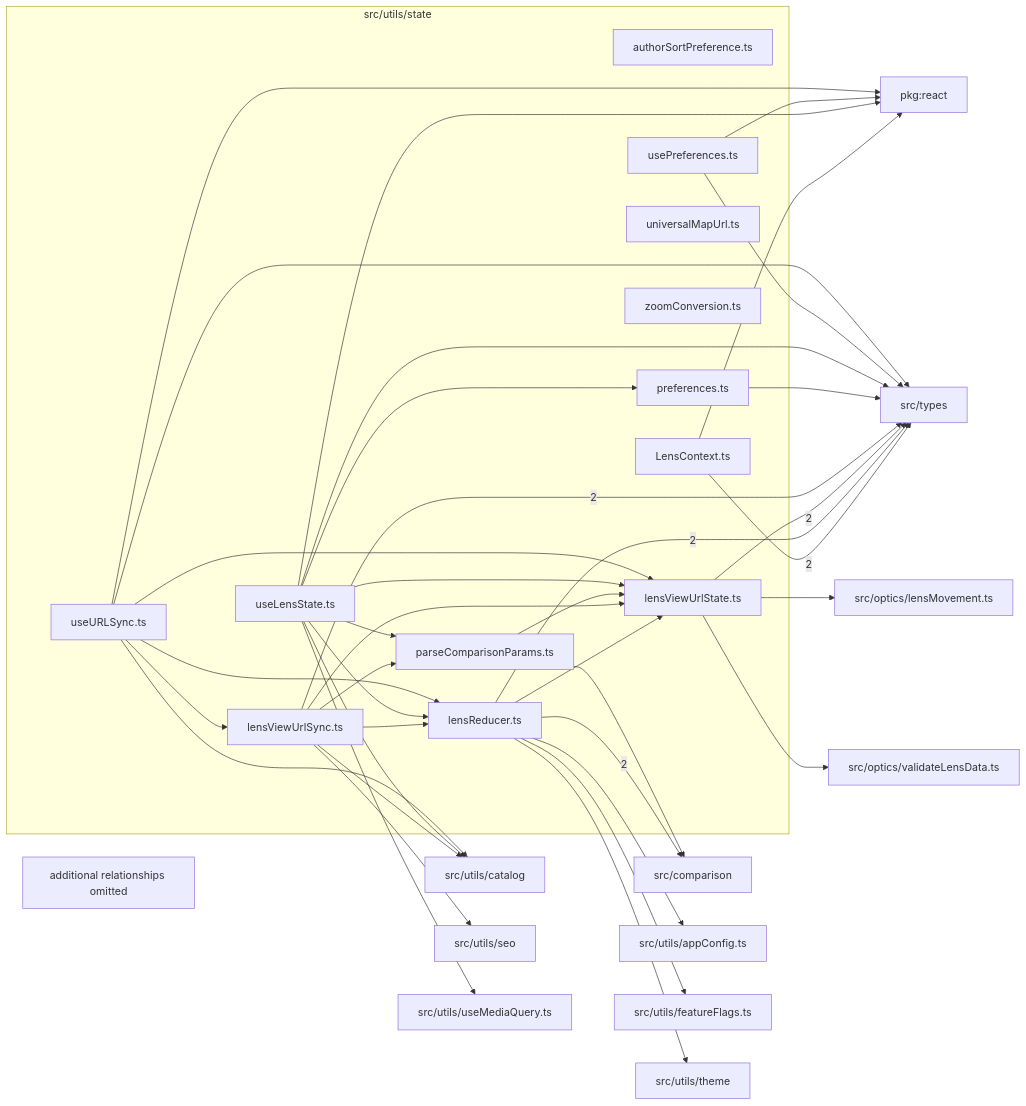
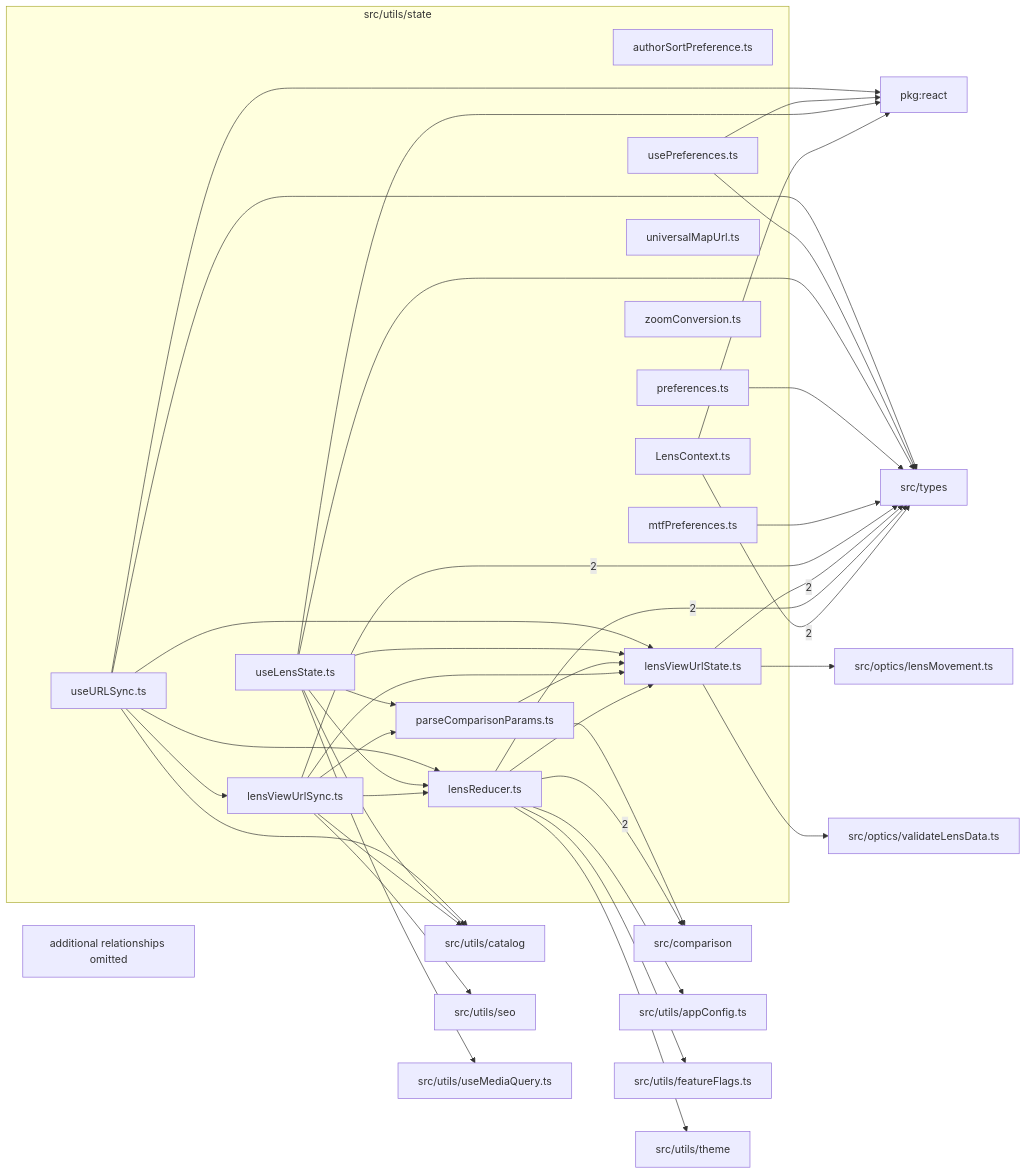
Before and after one commit to ronbuening/LensVisualizer: the diagram in src/utils/state/readme.md, drawn with Mermaid. The commit also changed other lines of this file and 262 other files, not shown here.

Commit message:
Add simulated MTF with manufacturer-style charts, accuracy review and image-plane source audits (#736)

````diff
--- a/src/utils/state/readme.md
+++ b/src/utils/state/readme.md
@@ -9,65 +9,66 @@
 ```mermaid
 flowchart LR
   subgraph n_src_utils_state["src/utils/state"]
     n_src_utils_state_src_utils_state_authorSortPreference_ts["authorSortPreference.ts"]
     n_src_utils_state_src_utils_state_LensContext_ts["LensContext.ts"]
     n_src_utils_state_src_utils_state_lensReducer_ts["lensReducer.ts"]
     n_src_utils_state_src_utils_state_lensViewUrlState_ts["lensViewUrlState.ts"]
     n_src_utils_state_src_utils_state_lensViewUrlSync_ts["lensViewUrlSync.ts"]
+    n_src_utils_state_src_utils_state_mtfPreferences_ts["mtfPreferences.ts"]
     n_src_utils_state_src_utils_state_parseComparisonParams_ts["parseComparisonParams.ts"]
     n_src_utils_state_src_utils_state_preferences_ts["preferences.ts"]
     n_src_utils_state_src_utils_state_universalMapUrl_ts["universalMapUrl.ts"]
     n_src_utils_state_src_utils_state_useLensState_ts["useLensState.ts"]
     n_src_utils_state_src_utils_state_usePreferences_ts["usePreferences.ts"]
     n_src_utils_state_src_utils_state_useURLSync_ts["useURLSync.ts"]
     n_src_utils_state_src_utils_state_zoomConversion_ts["zoomConversion.ts"]
   end
   n_external_src_comparison["src/comparison"]
   n_external_src_types["src/types"]
   n_external_pkg_react["pkg:react"]
   n_external_src_optics_lensMovement_ts["src/optics/lensMovement.ts"]
   n_external_src_optics_validateLensData_ts["src/optics/validateLensData.ts"]
   n_external_src_utils_appConfig_ts["src/utils/appConfig.ts"]
   n_external_src_utils_catalog["src/utils/catalog"]
   n_external_src_utils_featureFlags_ts["src/utils/featureFlags.ts"]
   n_external_src_utils_seo["src/utils/seo"]
   n_external_src_utils_theme["src/utils/theme"]
   n_external_src_utils_useMediaQuery_ts["src/utils/useMediaQuery.ts"]
   n_src_utils_state_src_utils_state_lensReducer_ts --> |2| n_external_src_comparison
   n_src_utils_state_src_utils_state_LensContext_ts --> |2| n_external_src_types
   n_src_utils_state_src_utils_state_lensReducer_ts --> |2| n_external_src_types
   n_src_utils_state_src_utils_state_lensViewUrlState_ts --> |2| n_external_src_types
   n_src_utils_state_src_utils_state_lensViewUrlSync_ts --> |2| n_external_src_types
   n_src_utils_state_src_utils_state_LensContext_ts --> n_external_pkg_react
   n_src_utils_state_src_utils_state_useLensState_ts --> n_external_pkg_react
   n_src_utils_state_src_utils_state_usePreferences_ts --> n_external_pkg_react
   n_src_utils_state_src_utils_state_useURLSync_ts --> n_external_pkg_react
   n_src_utils_state_src_utils_state_parseComparisonParams_ts --> n_external_src_comparison
   n_src_utils_state_src_utils_state_lensViewUrlState_ts --> n_external_src_optics_lensMovement_ts
   n_src_utils_state_src_utils_state_lensViewUrlState_ts --> n_external_src_optics_validateLensData_ts
+  n_src_utils_state_src_utils_state_mtfPreferences_ts --> n_external_src_types
   n_src_utils_state_src_utils_state_preferences_ts --> n_external_src_types
   n_src_utils_state_src_utils_state_useLensState_ts --> n_external_src_types
   n_src_utils_state_src_utils_state_usePreferences_ts --> n_external_src_types
   n_src_utils_state_src_utils_state_useURLSync_ts --> n_external_src_types
   n_src_utils_state_src_utils_state_lensReducer_ts --> n_external_src_utils_appConfig_ts
   n_src_utils_state_src_utils_state_lensViewUrlSync_ts --> n_external_src_utils_catalog
   n_src_utils_state_src_utils_state_useLensState_ts --> n_external_src_utils_catalog
   n_src_utils_state_src_utils_state_useURLSync_ts --> n_external_src_utils_catalog
   n_src_utils_state_src_utils_state_lensReducer_ts --> n_external_src_utils_featureFlags_ts
   n_src_utils_state_src_utils_state_lensViewUrlSync_ts --> n_external_src_utils_seo
   n_src_utils_state_src_utils_state_lensReducer_ts --> n_external_src_utils_theme
   n_src_utils_state_src_utils_state_useLensState_ts --> n_external_src_utils_useMediaQuery_ts
   n_src_utils_state_src_utils_state_lensViewUrlSync_ts --> n_src_utils_state_src_utils_state_lensReducer_ts
   n_src_utils_state_src_utils_state_useLensState_ts --> n_src_utils_state_src_utils_state_lensReducer_ts
   n_src_utils_state_src_utils_state_useURLSync_ts --> n_src_utils_state_src_utils_state_lensReducer_ts
   n_src_utils_state_src_utils_state_lensReducer_ts --> n_src_utils_state_src_utils_state_lensViewUrlState_ts
   n_src_utils_state_src_utils_state_lensViewUrlSync_ts --> n_src_utils_state_src_utils_state_lensViewUrlState_ts
   n_src_utils_state_src_utils_state_parseComparisonParams_ts --> n_src_utils_state_src_utils_state_lensViewUrlState_ts
   n_src_utils_state_src_utils_state_useLensState_ts --> n_src_utils_state_src_utils_state_lensViewUrlState_ts
   n_src_utils_state_src_utils_state_useURLSync_ts --> n_src_utils_state_src_utils_state_lensViewUrlState_ts
   n_src_utils_state_src_utils_state_useURLSync_ts --> n_src_utils_state_src_utils_state_lensViewUrlSync_ts
   n_src_utils_state_src_utils_state_lensViewUrlSync_ts --> n_src_utils_state_src_utils_state_parseComparisonParams_ts
   n_src_utils_state_src_utils_state_useLensState_ts --> n_src_utils_state_src_utils_state_parseComparisonParams_ts
-  n_src_utils_state_src_utils_state_useLensState_ts --> n_src_utils_state_src_utils_state_preferences_ts
   n_src_utils_state_truncated["additional relationships omitted"]
 ```
````
